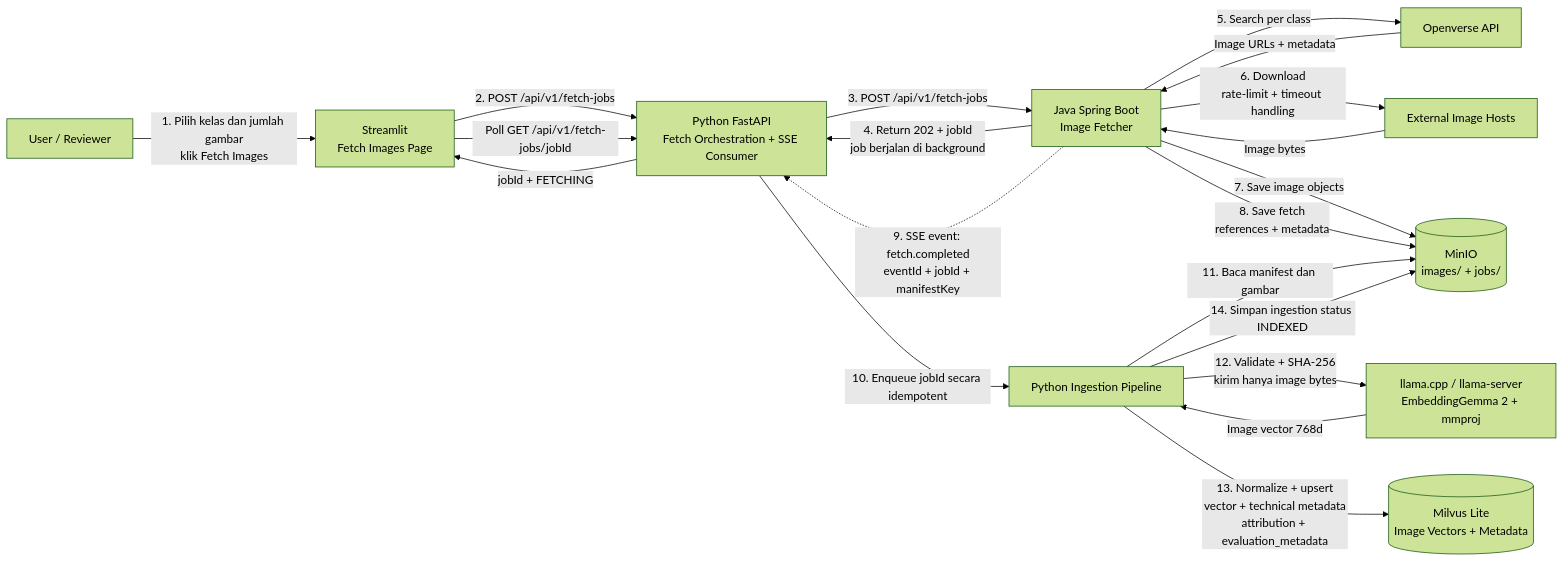
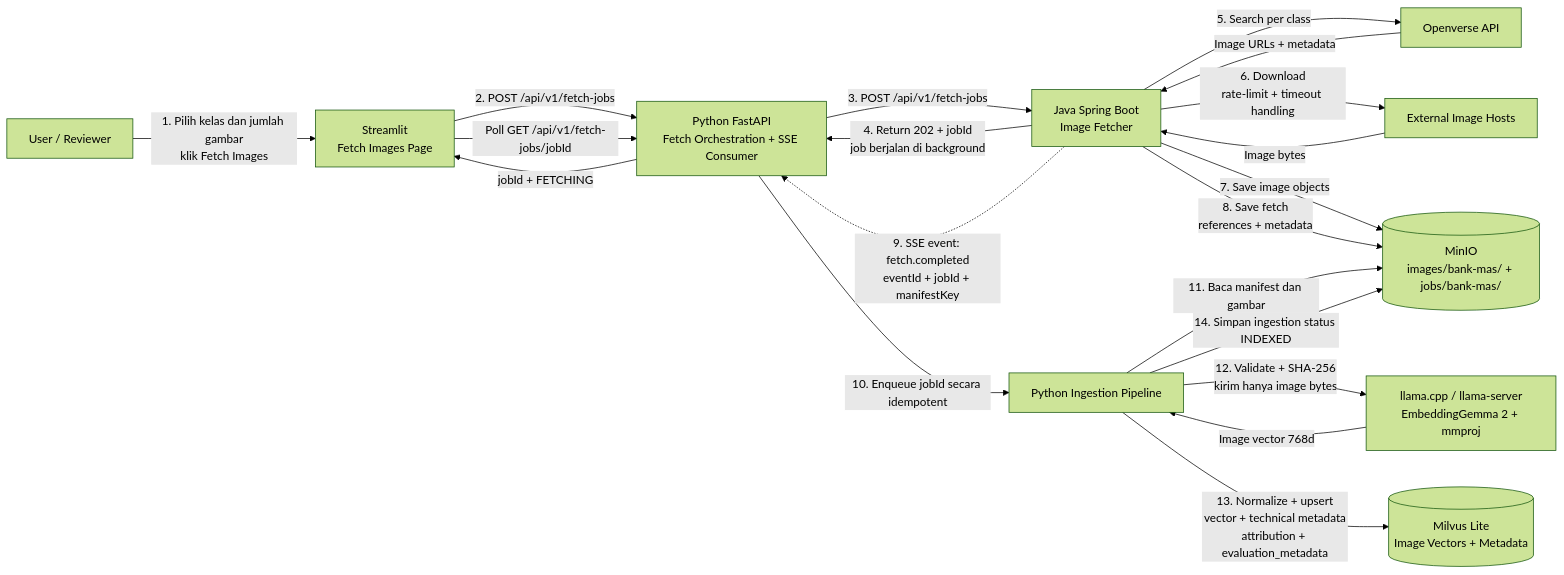
Before and after one commit to mwahid60/image-search: the first of 2 diagrams in docs/rencana-implementasi.md, drawn with Mermaid (forest theme). The commit also changed other lines of this file and 1 other file, not shown here.

Commit message:
docs: add MinIO bank-mas prefixes

````diff
--- a/docs/rencana-implementasi.md
+++ b/docs/rencana-implementasi.md
@@ -110,39 +110,39 @@
 ```mermaid
 flowchart LR
     U["User / Reviewer"]
     ST["Streamlit<br/>Fetch Images Page"]
     PY["Python FastAPI<br/>Fetch Orchestration + SSE Consumer"]
     JAVA["Java Spring Boot<br/>Image Fetcher"]
     OV["Openverse API"]
     SRC["External Image Hosts"]
 
-    MINIO[("MinIO<br/>images/ + jobs/")]
+    MINIO[("MinIO<br/>images/bank-mas/ + jobs/bank-mas/")]
     INGEST["Python Ingestion Pipeline"]
     MODEL["llama.cpp / llama-server<br/>EmbeddingGemma 2 + mmproj"]
     MILVUS[("Milvus Lite<br/>Image Vectors + Metadata")]
 
     U -- "1. Pilih kelas dan jumlah gambar<br/>klik Fetch Images" --> ST
     ST -- "2. POST /api/v1/fetch-jobs" --> PY
     PY -- "3. POST /api/v1/fetch-jobs" --> JAVA
     JAVA -- "4. Return 202 + jobId<br/>job berjalan di background" --> PY
     PY -- "jobId + FETCHING" --> ST
 
     JAVA -- "5. Search per class" --> OV
     OV -- "Image URLs + metadata" --> JAVA
     JAVA -- "6. Download<br/>rate-limit + timeout handling" --> SRC
     SRC -- "Image bytes" --> JAVA
 
     JAVA -- "7. Save image objects" --> MINIO
     JAVA -- "8. Save fetch<br/>references + metadata" --> MINIO
 
     JAVA -. "9. SSE event: fetch.completed<br/>eventId + jobId + manifestKey" .-> PY
     PY -- "10. Enqueue jobId secara idempotent" --> INGEST
 
     INGEST -- "11. Baca manifest dan gambar" --> MINIO
     INGEST -- "12. Validate + SHA-256<br/>kirim hanya image bytes" --> MODEL
     MODEL -- "Image vector 768d" --> INGEST
     INGEST -- "13. Normalize + upsert<br/>vector + technical metadata<br/>attribution + evaluation_metadata" --> MILVUS
     INGEST -- "14. Simpan ingestion status INDEXED" --> MINIO
 
     ST -- "Poll GET /api/v1/fetch-jobs/jobId" --> PY
 ```
````
